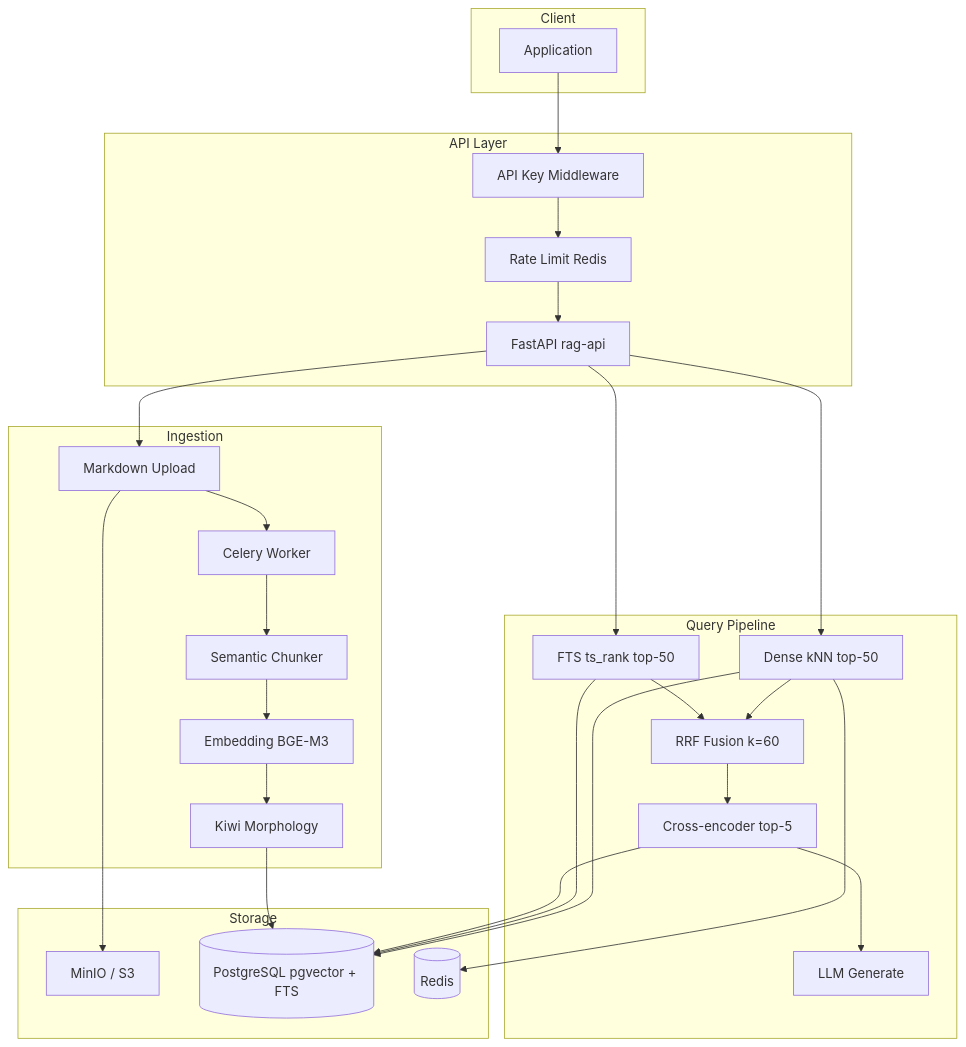
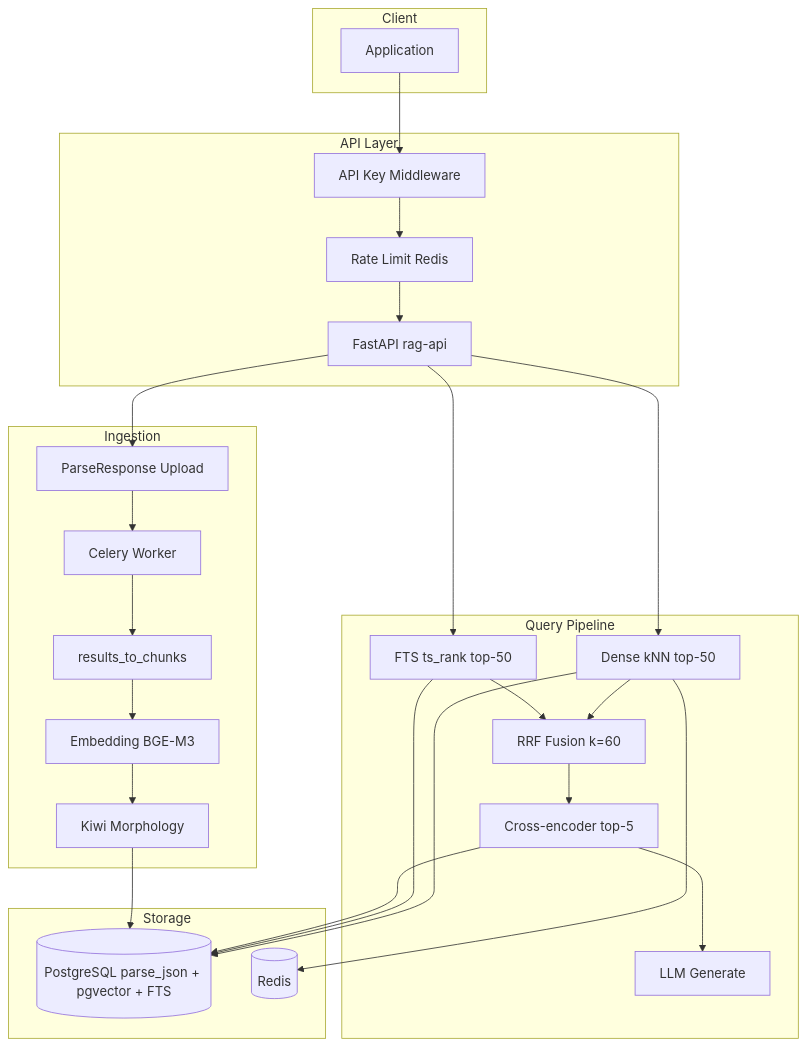
Before and after one commit to santarosalia/rag: the first of 2 diagrams in doc/ARCHITECTURE.md, drawn with Mermaid. The commit also changed other lines of this file and 25 other files, not shown here.

First line of the commit message:
feat: ParseResponse.results 단위로 청킹하고 S3·MD 직적재를 제거한다

````diff
--- a/doc/ARCHITECTURE.md
+++ b/doc/ARCHITECTURE.md
@@ -7,51 +7,49 @@
 ```mermaid
 flowchart TB
   subgraph client [Client]
     App[Application]
   end
 
   subgraph api_layer [API Layer]
     FastAPI[FastAPI rag-api]
     Auth[API Key Middleware]
     RateLimit[Rate Limit Redis]
   end
 
   subgraph ingest [Ingestion]
-    Upload[Markdown Upload]
-    Chunker[Semantic Chunker]
+    Upload[ParseResponse Upload]
+    Chunker[results_to_chunks]
     EmbedWorker[Embedding BGE-M3]
     MorphWorker[Kiwi Morphology]
     CeleryWorker[Celery Worker]
   end
 
   subgraph storage [Storage]
-    S3[MinIO / S3]
-    PG[(PostgreSQL pgvector + FTS)]
+    PG[(PostgreSQL parse_json + pgvector + FTS)]
     Redis[(Redis)]
   end
 
   subgraph query [Query Pipeline]
     Dense[Dense kNN top-50]
     Sparse[FTS ts_rank top-50]
     RRF[RRF Fusion k=60]
     Rerank[Cross-encoder top-5]
     LLM[LLM Generate]
   end
 
   App --> Auth --> RateLimit --> FastAPI
   FastAPI --> Upload
-  Upload --> S3
   Upload --> CeleryWorker
   CeleryWorker --> Chunker --> EmbedWorker
   EmbedWorker --> MorphWorker --> PG
 
   FastAPI --> Dense
   FastAPI --> Sparse
   Dense --> PG
   Sparse --> PG
   Dense --> RRF
   Sparse --> RRF
   RRF --> Rerank --> LLM
   Rerank --> PG
   Dense --> Redis
 ```
````
